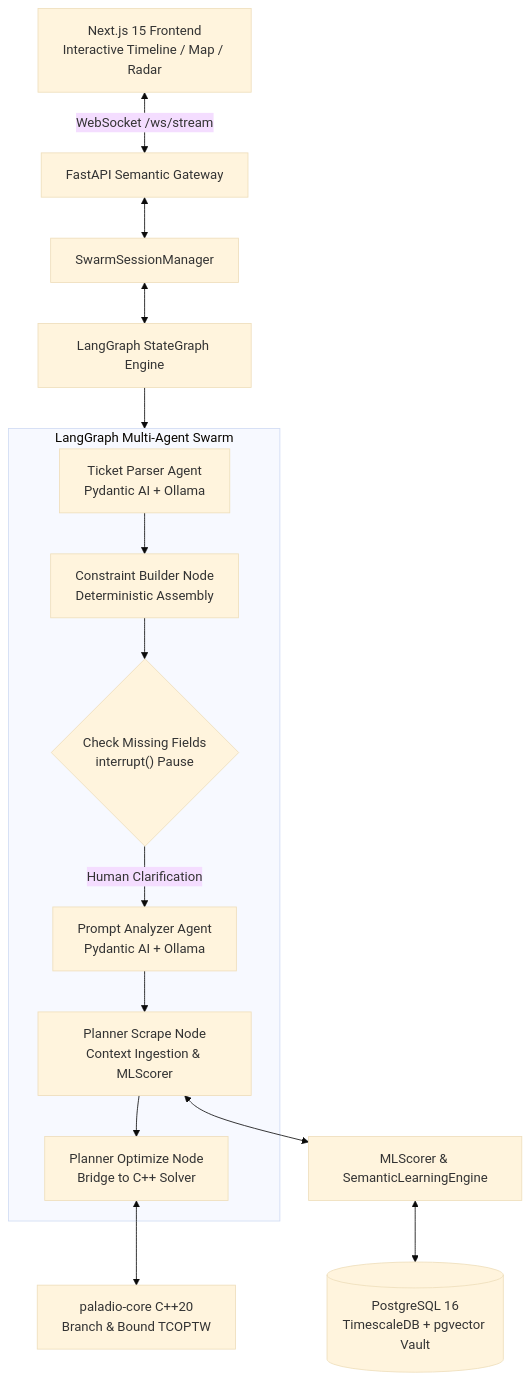
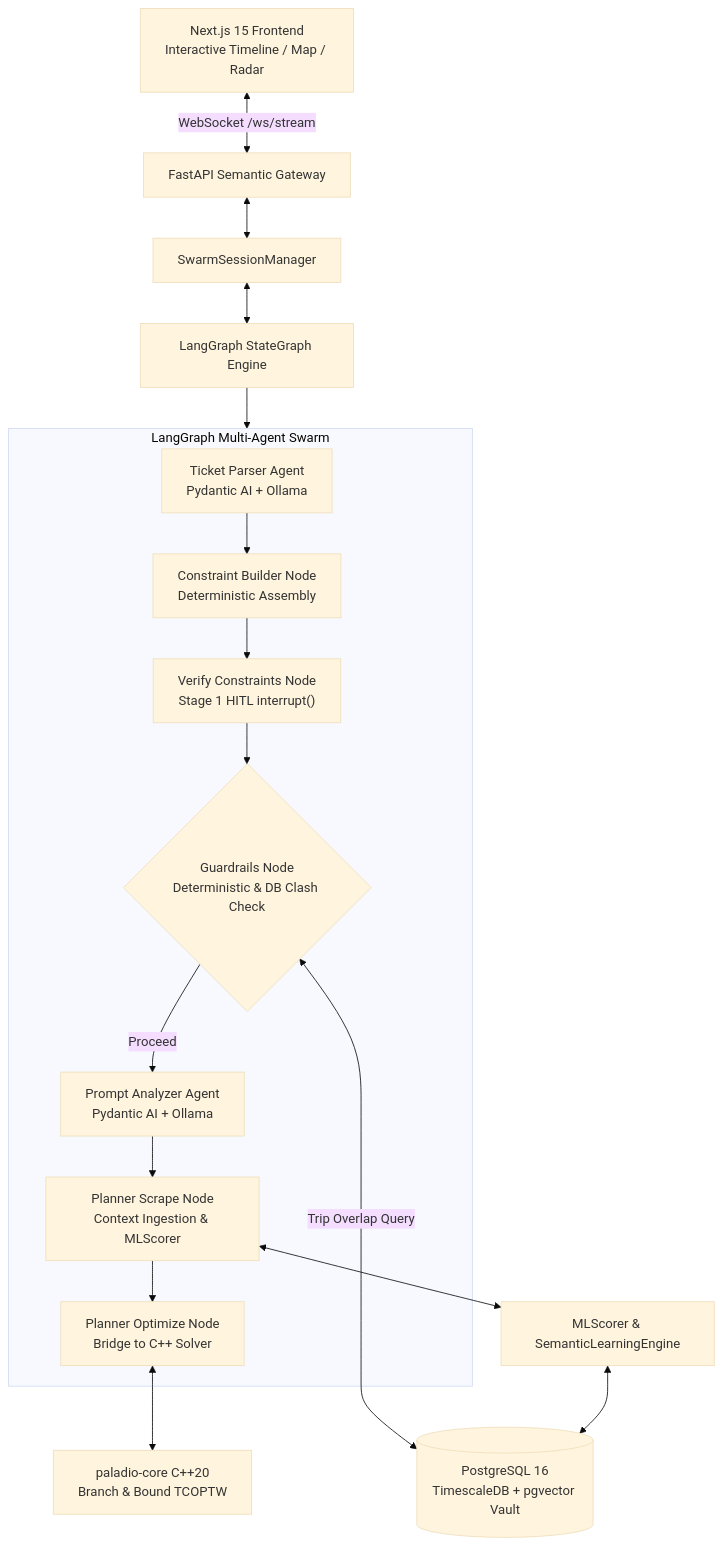
One commit to Leandro-Juan/paladio changed the first of 2 diagrams in README.md. Above: the diagram before and after it, drawn with Mermaid (base theme). The commit also changed other lines of this file and 1 other file, not shown here.

Commit message:
docs: update LangGraph architecture diagrams with DB collision flow

````diff
--- a/README.md
+++ b/README.md
@@ -39,19 +39,21 @@
 ```mermaid
 graph TD
     Client["Next.js 15 Frontend<br/>Interactive Timeline / Map / Radar"] <-->|"WebSocket /ws/stream"| Gateway["FastAPI Semantic Gateway"]
     Gateway <--> Session["SwarmSessionManager"]
     Session <--> Graph["LangGraph StateGraph Engine"]
     
     subgraph Swarm["LangGraph Multi-Agent Swarm"]
         TP["Ticket Parser Agent<br/>Pydantic AI + Ollama"] --> AC["Constraint Builder Node<br/>Deterministic Assembly"]
-        AC --> CM{"Check Missing Fields<br/>interrupt() Pause"}
-        CM -->|"Human Clarification"| PA["Prompt Analyzer Agent<br/>Pydantic AI + Ollama"]
+        AC --> VC["Verify Constraints Node<br/>Stage 1 HITL interrupt()"]
+        VC --> GR{"Guardrails Node<br/>Deterministic & DB Clash Check"}
+        GR -->|"Proceed"| PA["Prompt Analyzer Agent<br/>Pydantic AI + Ollama"]
         PA --> PS["Planner Scrape Node<br/>Context Ingestion & MLScorer"]
         PS --> PO["Planner Optimize Node<br/>Bridge to C++ Solver"]
     end
     
     Graph --> Swarm
+    GR <-->|"Trip Overlap Query"| PG[("PostgreSQL 16<br/>TimescaleDB + pgvector Vault")]
     PS <--> ML["MLScorer & SemanticLearningEngine"]
-    ML <--> PG[("PostgreSQL 16<br/>TimescaleDB + pgvector Vault")]
+    ML <--> PG
     PO <--> Engine["paladio-core C++20<br/>Branch & Bound TCOPTW"]
 ```
````
